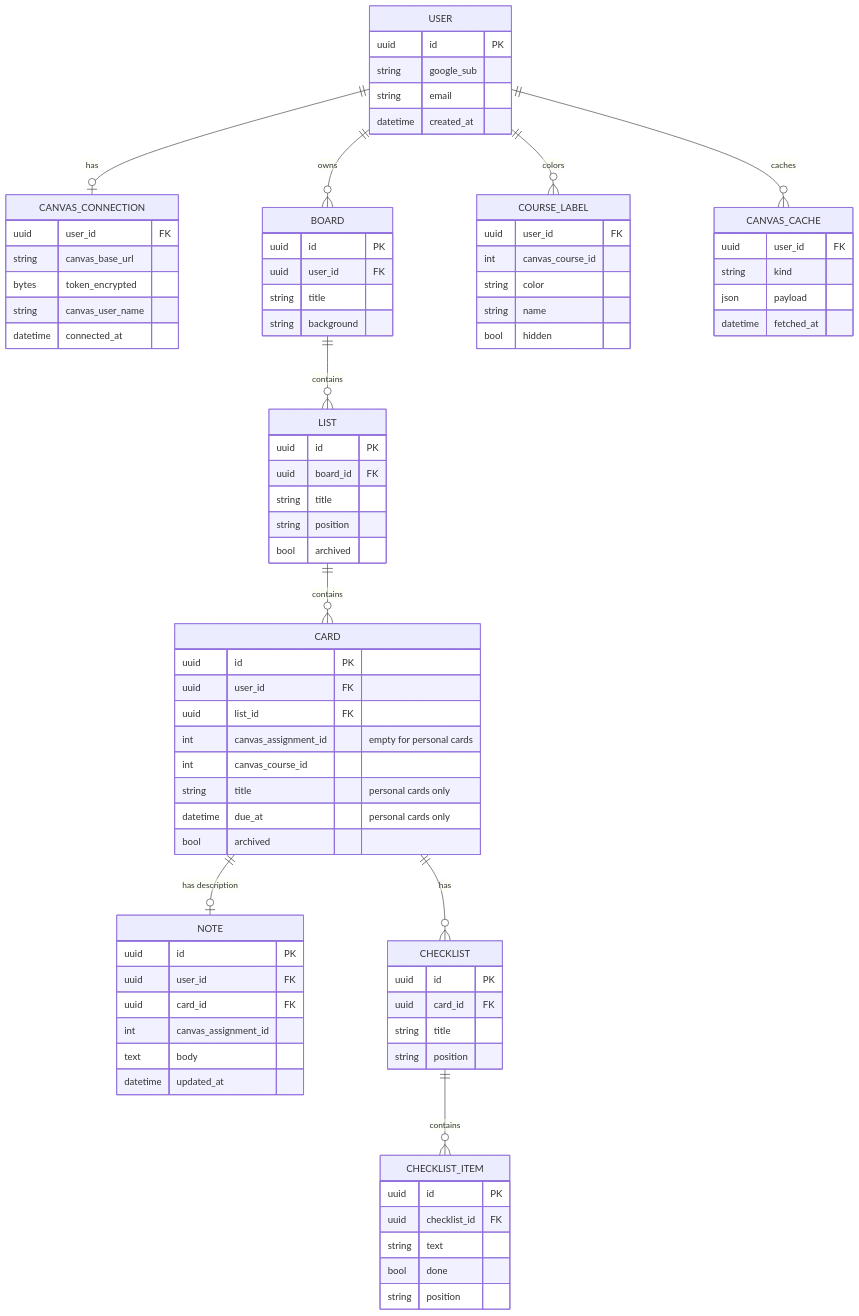
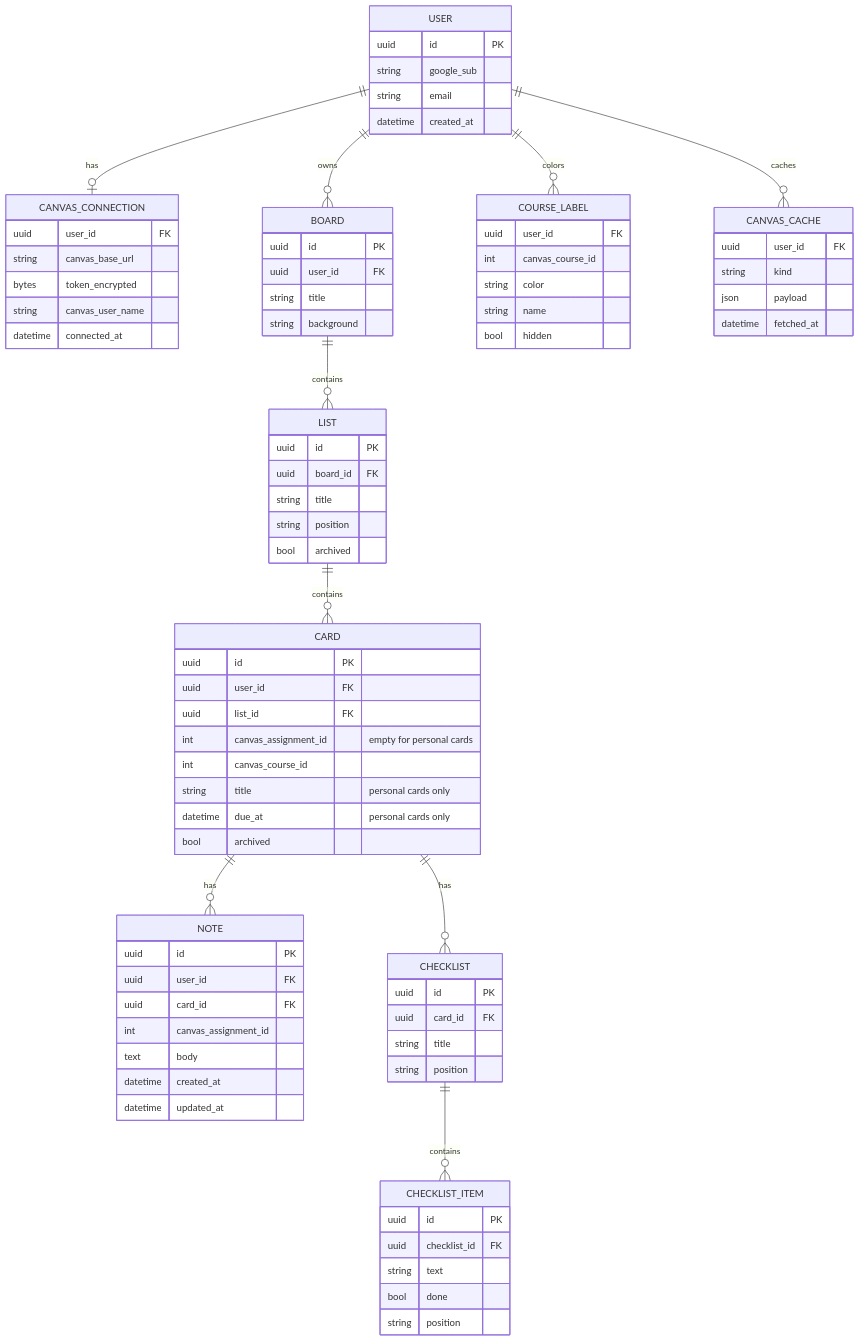
The second of 5 diagrams in docs/canvas-portal/03-design.md (bbranton/TestProj), drawn with Mermaid before and after one commit. The commit also changed other lines of this file and 4 other files, not shown here.

```diff
--- a/docs/canvas-portal/03-design.md
+++ b/docs/canvas-portal/03-design.md
@@ -65,7 +65,7 @@
     USER ||--o{ BOARD : owns
     BOARD ||--o{ LIST : contains
     LIST ||--o{ CARD : contains
-    CARD ||--o| NOTE : "has description"
+    CARD ||--o{ NOTE : has
     CARD ||--o{ CHECKLIST : has
     CHECKLIST ||--o{ CHECKLIST_ITEM : contains
     USER ||--o{ COURSE_LABEL : colors
@@ -113,6 +113,7 @@
         uuid card_id FK
         int canvas_assignment_id
         text body
+        datetime created_at
         datetime updated_at
     }
     CHECKLIST {
```
